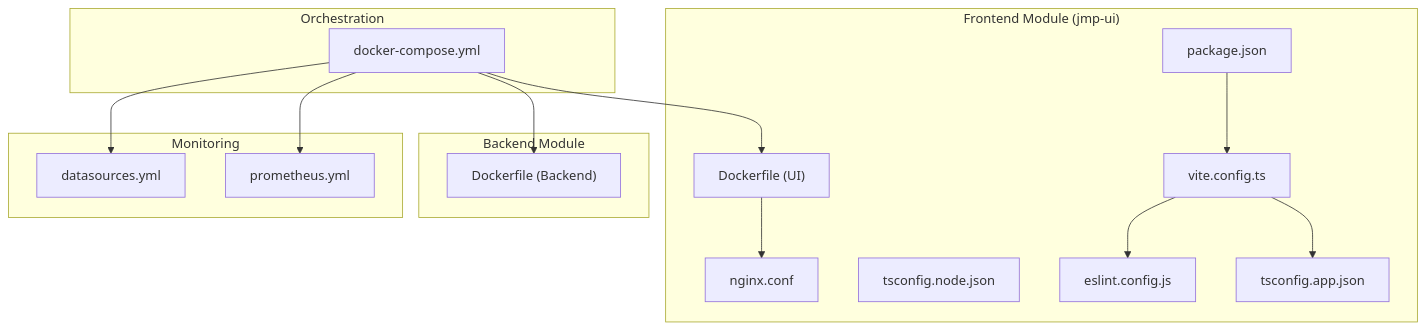
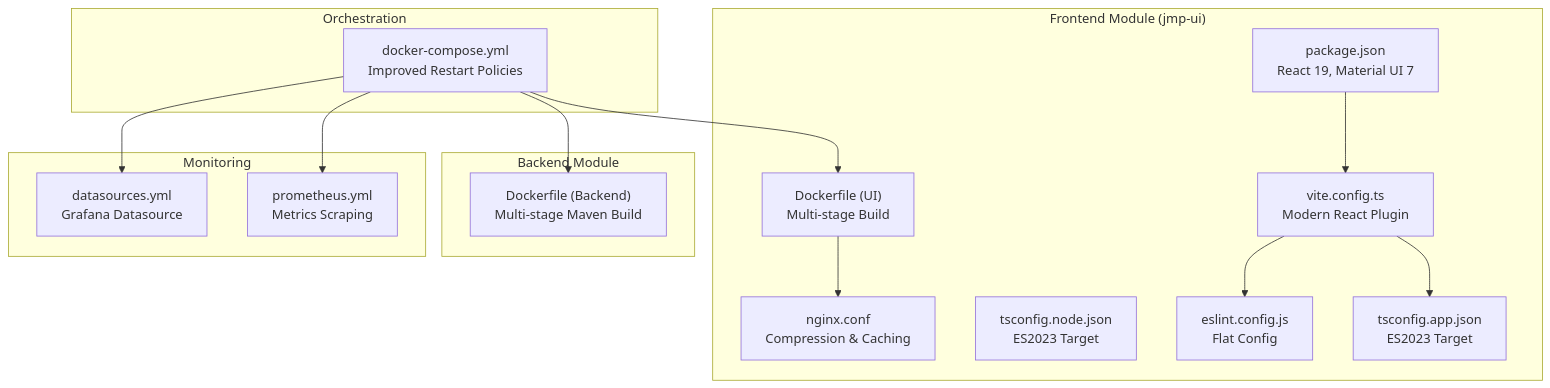
The first of 3 diagrams in .qoder/repowiki/en/content/Frontend Application/Build and Deployment.md (Vostrikov2014/vks-qoder), drawn with Mermaid before and after one commit. The commit also changed other lines of this file and 5 other files, not shown here.

````diff
--- a/.qoder/repowiki/en/content/Frontend Application/Build and Deployment.md
+++ b/.qoder/repowiki/en/content/Frontend Application/Build and Deployment.md
@@ -44,30 +51,30 @@
 ```mermaid
 graph TB
 subgraph "Frontend Module (jmp-ui)"
-PKG["package.json"]
-VCFG["vite.config.ts"]
-TSC_APP["tsconfig.app.json"]
-TSC_NODE["tsconfig.node.json"]
-ESLINT["eslint.config.js"]
-DOCKER_UI["Dockerfile (UI)"]
-NGINX["nginx.conf"]
+PKG["package.json<br/>React 19, Material UI 7"]
+VCFG["vite.config.ts<br/>Modern React Plugin"]
+TSC_APP["tsconfig.app.json<br/>ES2023 Target"]
+TSC_NODE["tsconfig.node.json<br/>ES2023 Target"]
+ESLINT["eslint.config.js<br/>Flat Config"]
+DOCKER_UI["Dockerfile (UI)<br/>Multi-stage Build"]
+NGINX["nginx.conf<br/>Compression & Caching"]
 end
 subgraph "Orchestration"
-DCMP["docker-compose.yml"]
+DCMP["docker-compose.yml<br/>Improved Restart Policies"]
 end
 subgraph "Backend Module"
-DOCKER_BE["Dockerfile (Backend)"]
+DOCKER_BE["Dockerfile (Backend)<br/>Multi-stage Maven Build"]
 end
 subgraph "Monitoring"
-PROM["prometheus.yml"]
-DS["datasources.yml"]
+PROM["prometheus.yml<br/>Metrics Scraping"]
+DS["datasources.yml<br/>Grafana Datasource"]
 end
 PKG --> VCFG
 VCFG --> TSC_APP
 VCFG --> ESLINT
 DOCKER_UI --> NGINX
 DCMP --> DOCKER_UI
 DCMP --> DOCKER_BE
 DCMP --> PROM
 DCMP --> DS
 ```
````
